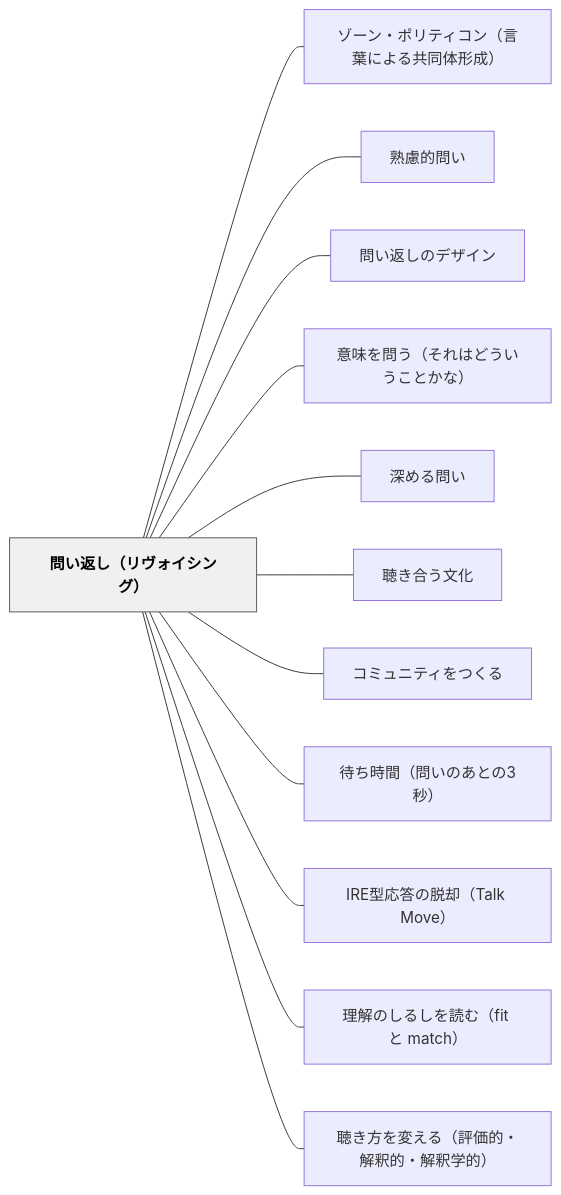
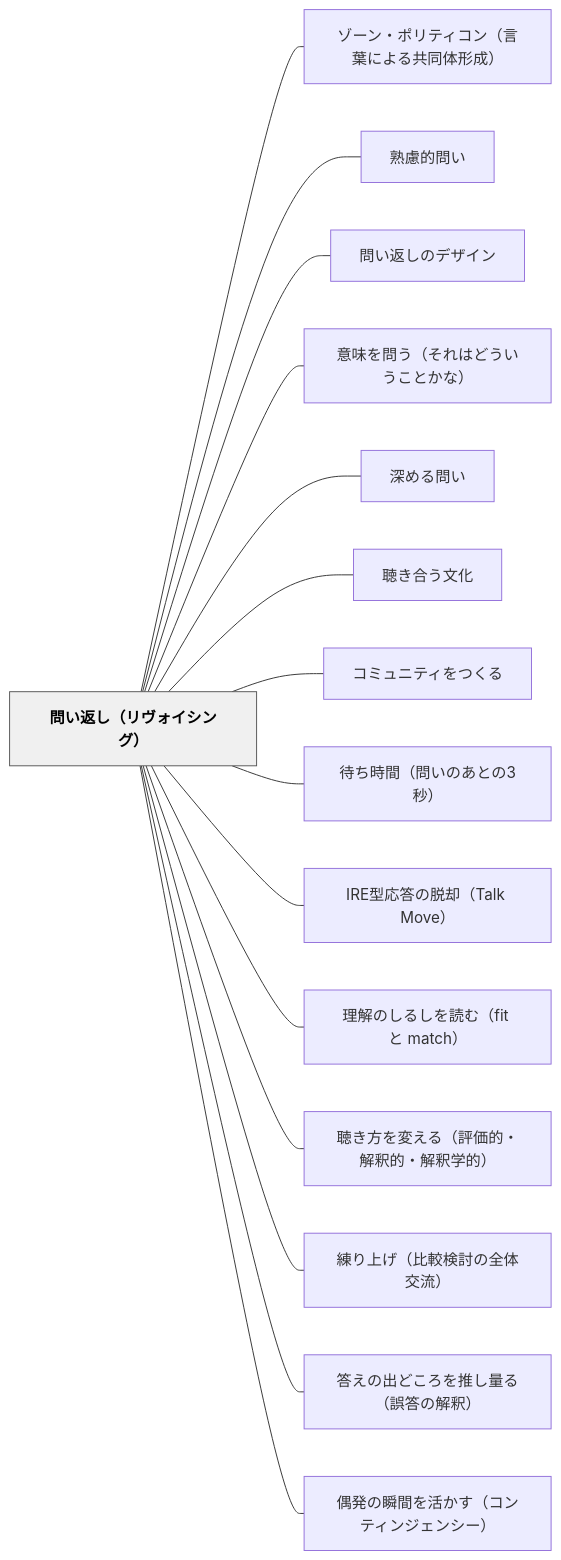
Before and after one commit to unknownthings-ed-patterns/unknownthings-ed-patterns: the diagram in content/パタン/問い返し（リヴォイシング）.md, drawn with Mermaid. The commit also changed other lines of this file and 84 other files, not shown here.

````diff
--- a/content/パタン/問い返し（リヴォイシング）.md
+++ b/content/パタン/問い返し（リヴォイシング）.md
@@ -76,30 +80,36 @@
 ```mermaid
 flowchart LR
     ne5958fe38184e8bf94e38197efbc88e383aae383b4e382a9e382a4e382b7e383b3e382b0efbc89["問い返し（リヴォイシング）"]
     ne382bee383bce383b3e383bbe3839de383aae38386e382a3e382b3e383b3efbc88e8a880e89189e381abe38288e3828be585b1e5908ce4bd93e5bda2e68890efbc89["ゾーン・ポリティコン（言葉による共同体形成）"]
     ne7869fe685aee79a84e5958fe38184["熟慮的問い"]
     ne5958fe38184e8bf94e38197e381aee38387e382b6e382a4e383b3["問い返しのデザイン"]
     ne6848fe591b3e38292e5958fe38186efbc88e3819de3828ce381afe381a9e38186e38184e38186e38193e381a8e3818be381aaefbc89["意味を問う（それはどういうことかな）"]
     ne6b7b1e38281e3828be5958fe38184["深める問い"]
     ne881b4e3818de59088e38186e69687e58c96["聴き合う文化"]
     ne382b3e3839fe383a5e3838be38386e382a3e38292e381a4e3818fe3828b["コミュニティをつくる"]
     ne5be85e381a1e69982e99693efbc88e5958fe38184e381aee38182e381a8e381ae33e7a792efbc89["待ち時間（問いのあとの3秒）"]
     n495245e59e8be5bf9ce7ad94e381aee884b1e58db4efbc8854616c6b204d6f7665efbc89["IRE型応答の脱却（Talk Move）"]
     ne79086e8a7a3e381aee38197e3828be38197e38292e8aaade38280efbc8866697420e381a8206d61746368efbc89["理解のしるしを読む（fit と match）"]
     ne881b4e3818de696b9e38292e5a489e38188e3828befbc88e8a995e4bea1e79a84e383bbe8a7a3e98788e79a84e383bbe8a7a3e98788e5ada6e79a84efbc89["聴き方を変える（評価的・解釈的・解釈学的）"]
+    ne7b7b4e3828ae4b88ae38192efbc88e6af94e8bc83e6a49ce8a88ee381aee585a8e4bd93e4baa4e6b581efbc89["練り上げ（比較検討の全体交流）"]
+    ne7ad94e38188e381aee587bae381a9e38193e3828de38292e68ea8e38197e9878fe3828befbc88e8aaa4e7ad94e381aee8a7a3e98788efbc89["答えの出どころを推し量る（誤答の解釈）"]
+    ne581b6e799bae381aee79eace99693e38292e6b4bbe3818be38199efbc88e382b3e383b3e38386e382a3e383b3e382b8e382a7e383b3e382b7e383bcefbc89["偶発の瞬間を活かす（コンティンジェンシー）"]
 
     ne5958fe38184e8bf94e38197efbc88e383aae383b4e382a9e382a4e382b7e383b3e382b0efbc89 --- ne382bee383bce383b3e383bbe3839de383aae38386e382a3e382b3e383b3efbc88e8a880e89189e381abe38288e3828be585b1e5908ce4bd93e5bda2e68890efbc89
     ne5958fe38184e8bf94e38197efbc88e383aae383b4e382a9e382a4e382b7e383b3e382b0efbc89 --- ne7869fe685aee79a84e5958fe38184
     ne5958fe38184e8bf94e38197efbc88e383aae383b4e382a9e382a4e382b7e383b3e382b0efbc89 --- ne5958fe38184e8bf94e38197e381aee38387e382b6e382a4e383b3
     ne5958fe38184e8bf94e38197efbc88e383aae383b4e382a9e382a4e382b7e383b3e382b0efbc89 --- ne6848fe591b3e38292e5958fe38186efbc88e3819de3828ce381afe381a9e38186e38184e38186e38193e381a8e3818be381aaefbc89
     ne5958fe38184e8bf94e38197efbc88e383aae383b4e382a9e382a4e382b7e383b3e382b0efbc89 --- ne6b7b1e38281e3828be5958fe38184
     ne5958fe38184e8bf94e38197efbc88e383aae383b4e382a9e382a4e382b7e383b3e382b0efbc89 --- ne881b4e3818de59088e38186e69687e58c96
     ne5958fe38184e8bf94e38197efbc88e383aae383b4e382a9e382a4e382b7e383b3e382b0efbc89 --- ne382b3e3839fe383a5e3838be38386e382a3e38292e381a4e3818fe3828b
     ne5958fe38184e8bf94e38197efbc88e383aae383b4e382a9e382a4e382b7e383b3e382b0efbc89 --- ne5be85e381a1e69982e99693efbc88e5958fe38184e381aee38182e381a8e381ae33e7a792efbc89
     ne5958fe38184e8bf94e38197efbc88e383aae383b4e382a9e382a4e382b7e383b3e382b0efbc89 --- n495245e59e8be5bf9ce7ad94e381aee884b1e58db4efbc8854616c6b204d6f7665efbc89
     ne5958fe38184e8bf94e38197efbc88e383aae383b4e382a9e382a4e382b7e383b3e382b0efbc89 --- ne79086e8a7a3e381aee38197e3828be38197e38292e8aaade38280efbc8866697420e381a8206d61746368efbc89
     ne5958fe38184e8bf94e38197efbc88e383aae383b4e382a9e382a4e382b7e383b3e382b0efbc89 --- ne881b4e3818de696b9e38292e5a489e38188e3828befbc88e8a995e4bea1e79a84e383bbe8a7a3e98788e79a84e383bbe8a7a3e98788e5ada6e79a84efbc89
+    ne5958fe38184e8bf94e38197efbc88e383aae383b4e382a9e382a4e382b7e383b3e382b0efbc89 --- ne7b7b4e3828ae4b88ae38192efbc88e6af94e8bc83e6a49ce8a88ee381aee585a8e4bd93e4baa4e6b581efbc89
+    ne5958fe38184e8bf94e38197efbc88e383aae383b4e382a9e382a4e382b7e383b3e382b0efbc89 --- ne7ad94e38188e381aee587bae381a9e38193e3828de38292e68ea8e38197e9878fe3828befbc88e8aaa4e7ad94e381aee8a7a3e98788efbc89
+    ne5958fe38184e8bf94e38197efbc88e383aae383b4e382a9e382a4e382b7e383b3e382b0efbc89 --- ne581b6e799bae381aee79eace99693e38292e6b4bbe3818be38199efbc88e382b3e383b3e38386e382a3e383b3e382b8e382a7e383b3e382b7e383bcefbc89
 
     classDef hub fill:#f0f0f0,stroke:#555,color:#000,font-weight:bold
     class ne5958fe38184e8bf94e38197efbc88e383aae383b4e382a9e382a4e382b7e383b3e382b0efbc89 hub
 ```
````
